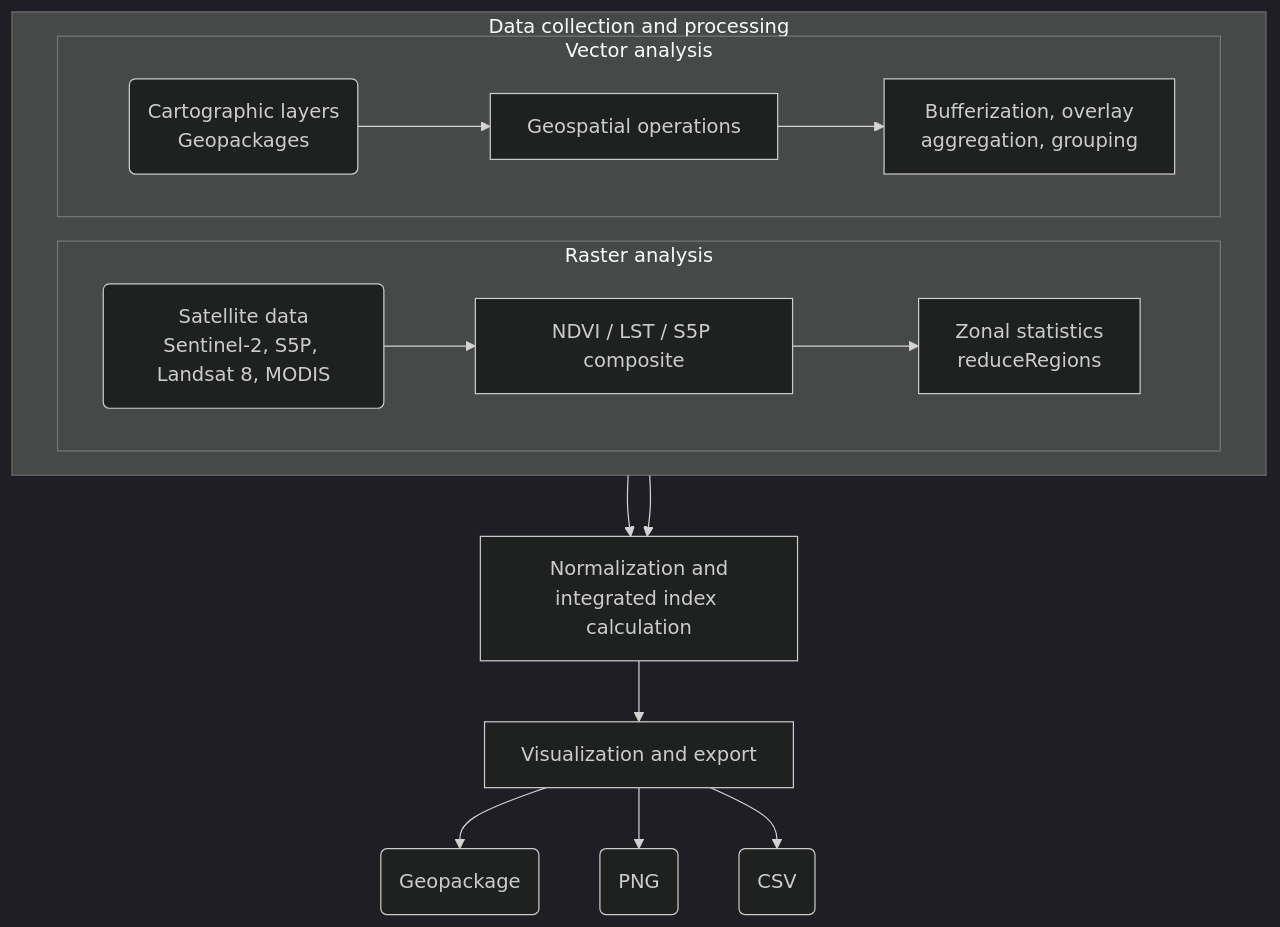
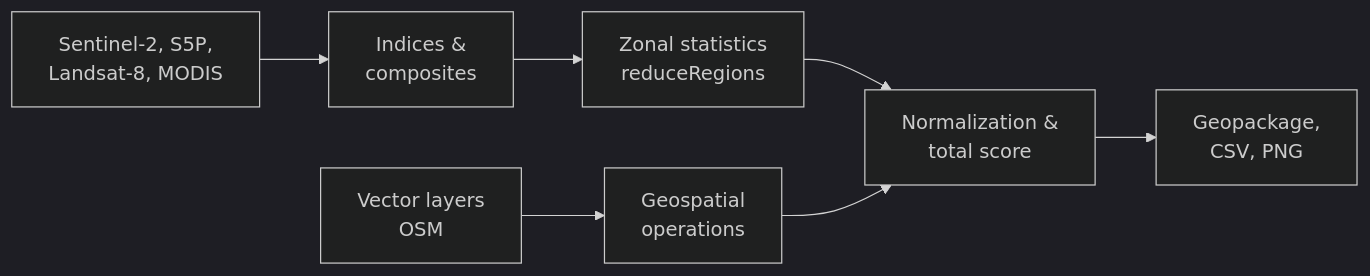
The diagram in README.md (Rinaish/urb-env-index), drawn with Mermaid (dark theme) before and after one commit. The commit also changed other lines of this file and 18 other files, not shown here.

First line of the commit message:
Methodology: - replace green area (NDVI) with vegetation density (SAVI) - replace OSM buildings with built-up area - remove AOD from assessment

````diff
--- a/README.md
+++ b/README.md
@@ -17,24 +16,9 @@
 ```mermaid
-flowchart TD
-    subgraph A[Data collection and processing]
-        direction LR
-        
-        subgraph R[Raster analysis]
-            R1(Satellite data<br/>Sentinel-2, S5P, Landsat 8, MODIS) --> R2[NDVI / LST / S5P composite]
-            R2 --> R3[Zonal statistics<br/>reduceRegions]
-        end
-        
-        subgraph V[Vector analysis]
-            V1(Cartographic layers<br/>Geopackages) --> V2[Geospatial operations]
-            V2 --> V3[Bufferization, overlay<br/>aggregation, grouping]
-        end
-    end
-    
-    R3 --> C[Normalization and<br/>integrated index calculation]
-    V3 --> C
-    
-    C --> D[Visualization and export]
-    D --> D1(Geopackage)
-    D --> D2(PNG)
-    D --> D3(CSV)
+flowchart LR
+    A[Sentinel-2, S5P,<br/>Landsat-8, MODIS] --> B[Indices &<br/>composites]
+    C[Vector layers<br/>OSM] --> D[Geospatial<br/>operations]
+    B --> E[Zonal statistics<br/>reduceRegions]
+    E --> F[Normalization &<br/>total score]
+    D --> F
+    F --> G[Geopackage,<br/>CSV, PNG]
 ```
````
